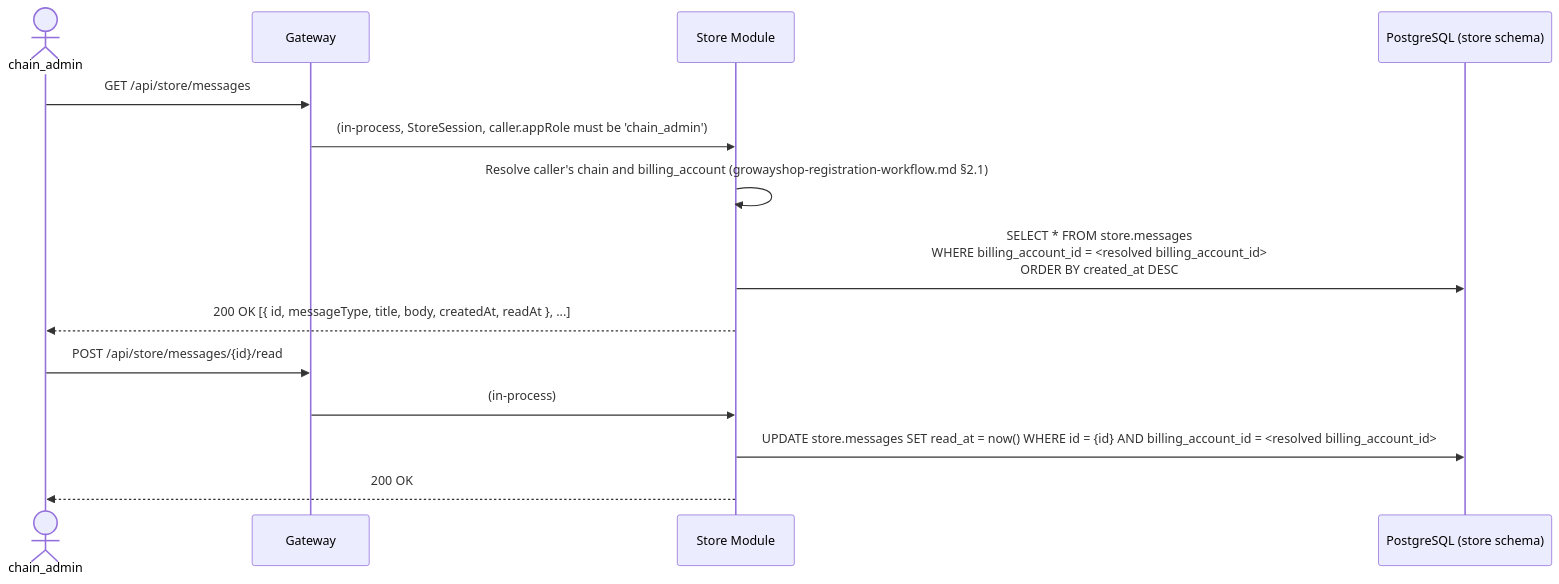
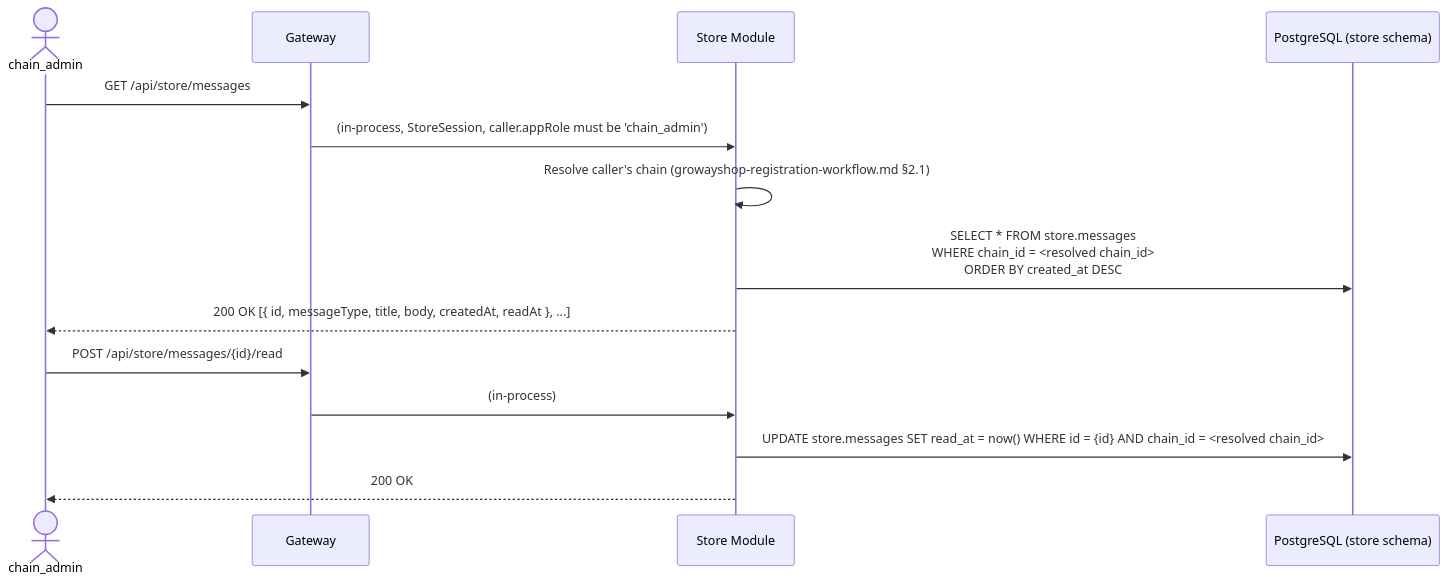
The third of 3 diagrams in usercasestudy/groway-store-notifications-workflow.md (szhanggit/appointmentsystemdesign), drawn with Mermaid before and after one commit. The commit also changed other lines of this file, not shown here.

Commit message:
change from billing_account_id to chain_id.

````diff
--- a/usercasestudy/groway-store-notifications-workflow.md
+++ b/usercasestudy/groway-store-notifications-workflow.md
@@ -84,18 +85,18 @@
 ```mermaid
 sequenceDiagram
     actor CA as chain_admin
     participant GW as Gateway
     participant SM as Store Module
     participant DB as PostgreSQL (store schema)
 
     CA->>GW: GET /api/store/messages
     GW->>SM: (in-process, StoreSession, caller.appRole must be 'chain_admin')
-    SM->>SM: Resolve caller's chain and billing_account (growayshop-registration-workflow.md §2.1)
-    SM->>DB: SELECT * FROM store.messages<br/>WHERE billing_account_id = <resolved billing_account_id><br/>ORDER BY created_at DESC
+    SM->>SM: Resolve caller's chain (growayshop-registration-workflow.md §2.1)
+    SM->>DB: SELECT * FROM store.messages<br/>WHERE chain_id = <resolved chain_id><br/>ORDER BY created_at DESC
     SM-->>CA: 200 OK [{ id, messageType, title, body, createdAt, readAt }, ...]
 
     CA->>GW: POST /api/store/messages/{id}/read
     GW->>SM: (in-process)
-    SM->>DB: UPDATE store.messages SET read_at = now() WHERE id = {id} AND billing_account_id = <resolved billing_account_id>
+    SM->>DB: UPDATE store.messages SET read_at = now() WHERE id = {id} AND chain_id = <resolved chain_id>
     SM-->>CA: 200 OK
 ```
````
